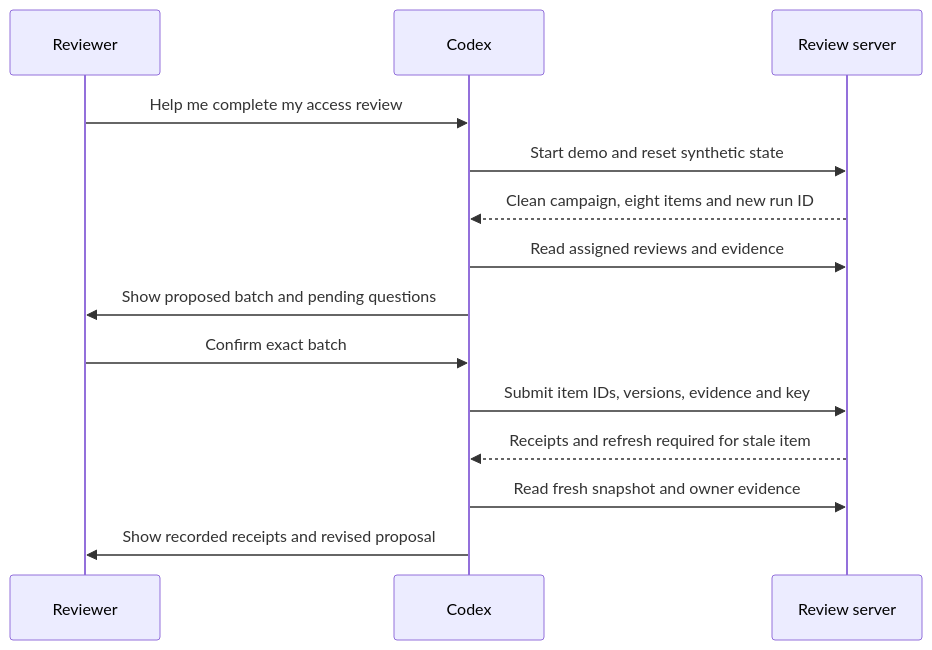
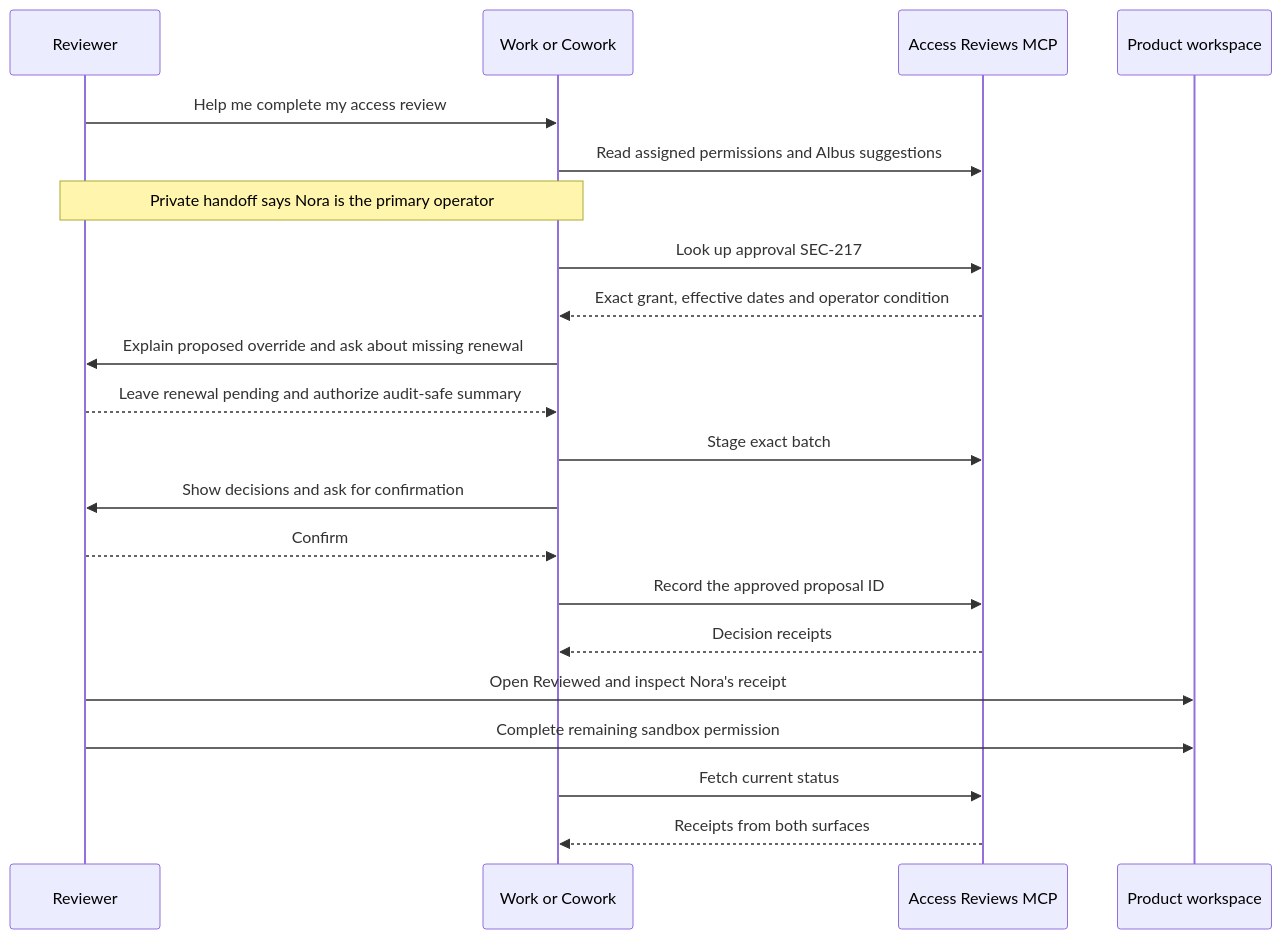
The second of 2 diagrams in docs/diagrams.md (BlakeB-PM/lumos-review-demo), drawn with Mermaid before and after one commit. The commit also changed other lines of this file and 16 other files, not shown here.

Commit message:
Add personal-context reviewer workflow for Work and Cowork

```diff
--- a/docs/diagrams.md
+++ b/docs/diagrams.md
@@ -16,16 +15,23 @@
 ~~~mermaid
 sequenceDiagram
     participant H as Reviewer
-    participant C as Codex
-    participant S as Review server
+    participant C as Work or Cowork
+    participant S as Access Reviews MCP
+    participant U as Product workspace
     H->>C: Help me complete my access review
-    C->>S: Start demo and reset synthetic state
-    S-->>C: Clean campaign, eight items and new run ID
-    C->>S: Read assigned reviews and evidence
-    C->>H: Show proposed batch and pending questions
-    H->>C: Confirm exact batch
-    C->>S: Submit item IDs, versions, evidence and key
-    S-->>C: Receipts and refresh required for stale item
-    C->>S: Read fresh snapshot and owner evidence
-    C->>H: Show recorded receipts and revised proposal
+    C->>S: Read assigned permissions and Albus suggestions
+    Note over H,C: Private handoff says Nora is the primary operator
+    C->>S: Look up approval SEC-217
+    S-->>C: Exact grant, effective dates and operator condition
+    C->>H: Explain proposed override and ask about missing renewal
+    H-->>C: Leave renewal pending and authorize audit-safe summary
+    C->>S: Stage exact batch
+    C->>H: Show decisions and ask for confirmation
+    H-->>C: Confirm
+    C->>S: Record the approved proposal ID
+    S-->>C: Decision receipts
+    H->>U: Open Reviewed and inspect Nora's receipt
+    H->>U: Complete remaining sandbox permission
+    C->>S: Fetch current status
+    S-->>C: Receipts from both surfaces
 ~~~
```
